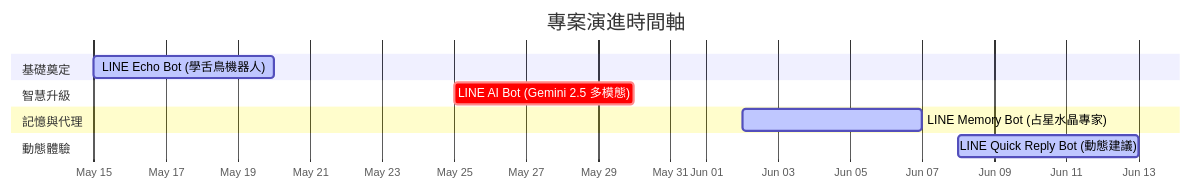
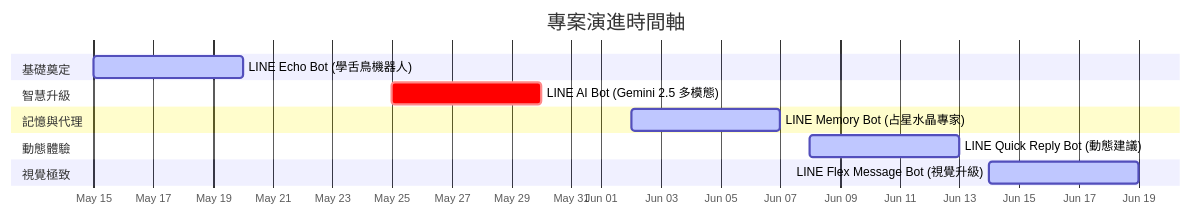
The diagram in README.md (zonawang/zona-ai-learning-lab), drawn with Mermaid before and after one commit. The commit also changed other lines of this file, not shown here.

Commit message:
docs: add LINE Flex Message Bot to README

````diff
--- a/README.md
+++ b/README.md
@@ -11,18 +11,21 @@
 ```mermaid
 gantt
     title 專案演進時間軸
     dateFormat  YYYY-MM-DD
     axisFormat  %b %d
     
     section 基礎奠定
     LINE Echo Bot (學舌鳥機器人) :active, p1, 2026-05-15, 5d
     
     section 智慧升級
     LINE AI Bot (Gemini 2.5 多模態) :crit, p2, 2026-05-25, 5d
     
     section 記憶與代理
     LINE Memory Bot (占星水晶專家) :active, p3, 2026-06-02, 5d
     
     section 動態體驗
     LINE Quick Reply Bot (動態建議) :active, p4, 2026-06-08, 5d
+    
+    section 視覺極致
+    LINE Flex Message Bot (視覺升級) :active, p5, 2026-06-14, 5d
 ```
````
